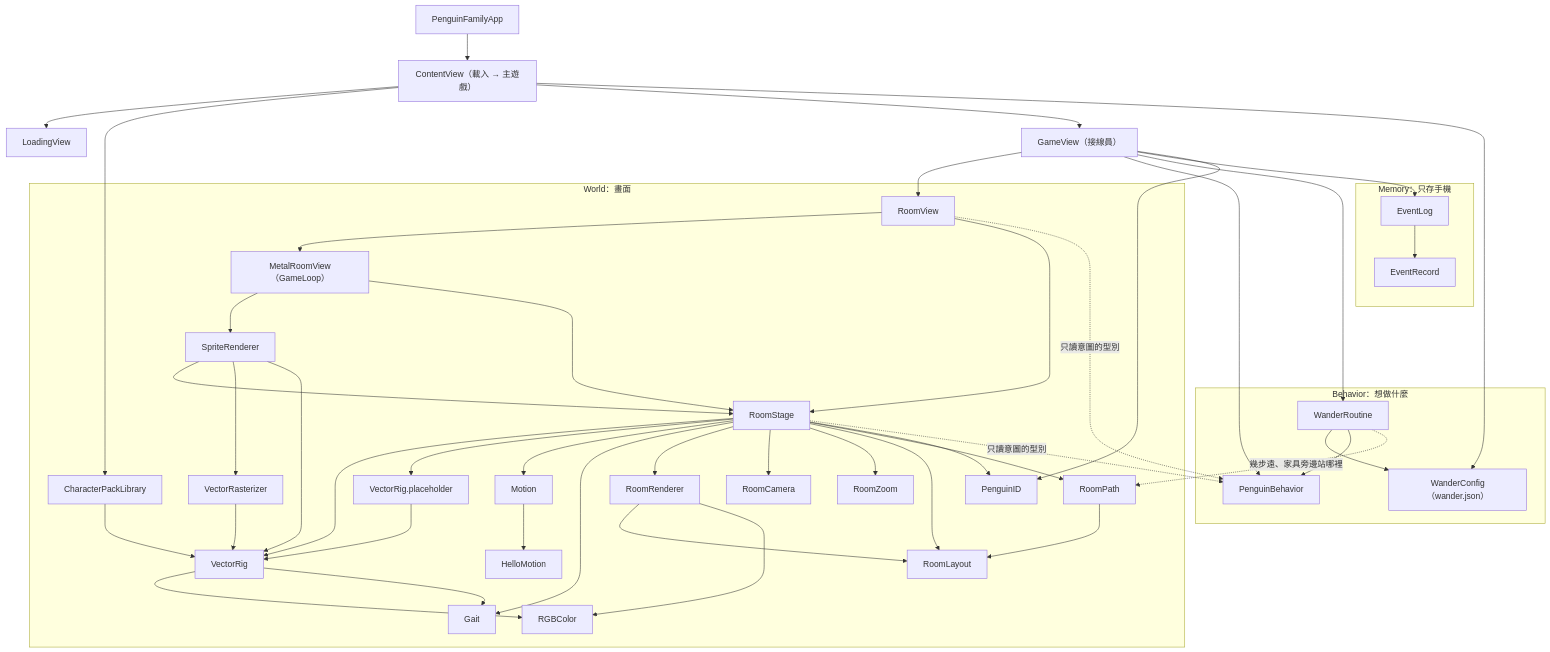
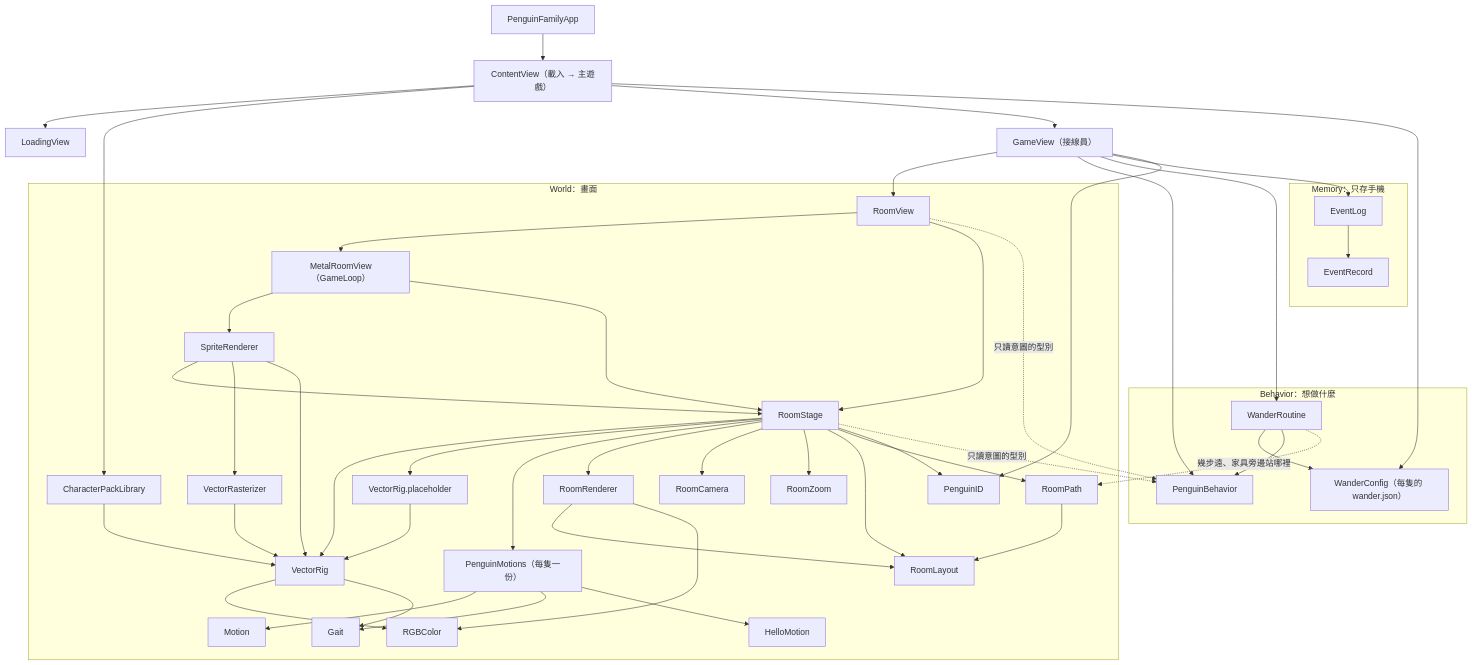
One commit to CBHeng/penguin-family changed the first of 5 diagrams in docs/code-map.md. Above: the diagram before and after it, drawn with Mermaid. The commit also changed other lines of this file and 30 other files, not shown here.

````diff
--- a/docs/code-map.md
+++ b/docs/code-map.md
@@ -122,55 +123,56 @@
 ```mermaid
 flowchart TD
     App["PenguinFamilyApp"] --> Content["ContentView（載入 → 主遊戲）"]
     Content --> Loading["LoadingView"]
     Content --> Library["CharacterPackLibrary"]
     Content --> Game["GameView（接線員）"]
     Content --> WConfig
     Game --> Room["RoomView"]
     Game --> Behavior["PenguinBehavior"]
     Game --> Wander["WanderRoutine"]
     Game --> Log["EventLog"]
     Game --> ID
 
     subgraph World["World：畫面"]
         Library --> VRig["VectorRig"]
         Room --> Metal["MetalRoomView（GameLoop）"]
         Room --> Stage["RoomStage"]
         Metal --> Renderer["SpriteRenderer"]
         Metal --> Stage
         Renderer --> Stage
         Renderer --> Raster["VectorRasterizer"]
         Renderer --> VRig
         Raster --> VRig
         Stage --> VRig
         Stage --> Placeholder["VectorRig.placeholder"]
-        Stage --> Motion["Motion"]
-        Stage --> Gait["Gait"]
+        Stage --> Motions["PenguinMotions（每隻一份）"]
+        Motions --> Motion["Motion"]
+        Motions --> Gait["Gait"]
         Stage --> RoomRenderer["RoomRenderer"]
         Stage --> Camera["RoomCamera"]
         Stage --> Zoom["RoomZoom"]
         Stage --> Layout["RoomLayout"]
         Stage --> Path["RoomPath"]
         Path --> Layout
         Stage --> ID["PenguinID"]
         RoomRenderer --> Layout
         RoomRenderer --> Color["RGBColor"]
         VRig --> Color
         VRig --> Gait
         Placeholder --> VRig
-        Motion --> Hello["HelloMotion"]
+        Motions --> Hello["HelloMotion"]
     end
 
     subgraph BehaviorLayer["Behavior：想做什麼"]
-        Wander --> WConfig["WanderConfig（wander.json）"]
+        Wander --> WConfig["WanderConfig（每隻的 wander.json）"]
         Wander --> Behavior
     end
 
     subgraph Memory["Memory：只存手機"]
         Log --> Record["EventRecord"]
     end
 
     Room -. "只讀意圖的型別" .-> Behavior
     Stage -. "只讀意圖的型別" .-> Behavior
     Wander -. "幾步遠、家具旁邊站哪裡" .-> Path
 ```
````
